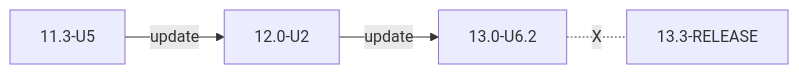
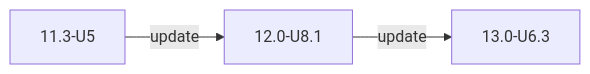
Before and after one commit to truenas/documentation: the second of 2 diagrams in static/includes/COREUpgradePaths.md, drawn with Mermaid. The commit also changed other lines of this file and 3 other files, not shown here.

```diff
--- a/static/includes/COREUpgradePaths.md
+++ b/static/includes/COREUpgradePaths.md
@@ -21,6 +21,5 @@
       {{< mermaid class="mermaid_sizing" >}}
       flowchart LR
-      A["11.3-U5"] -->|update| B["12.0-U2"]
-      B -->|update| C["13.0-U6.2"]
-	  C -.-|X| D["13.3-RELEASE"]
+      A["11.3-U5"] -->|update| B["12.0-U8.1"]
+      B -->|update| C["13.0-U6.3"]
       {{< /mermaid >}}
```
